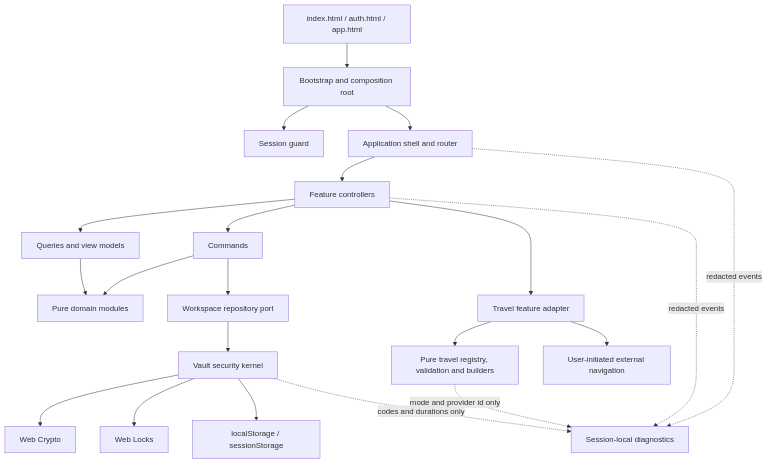
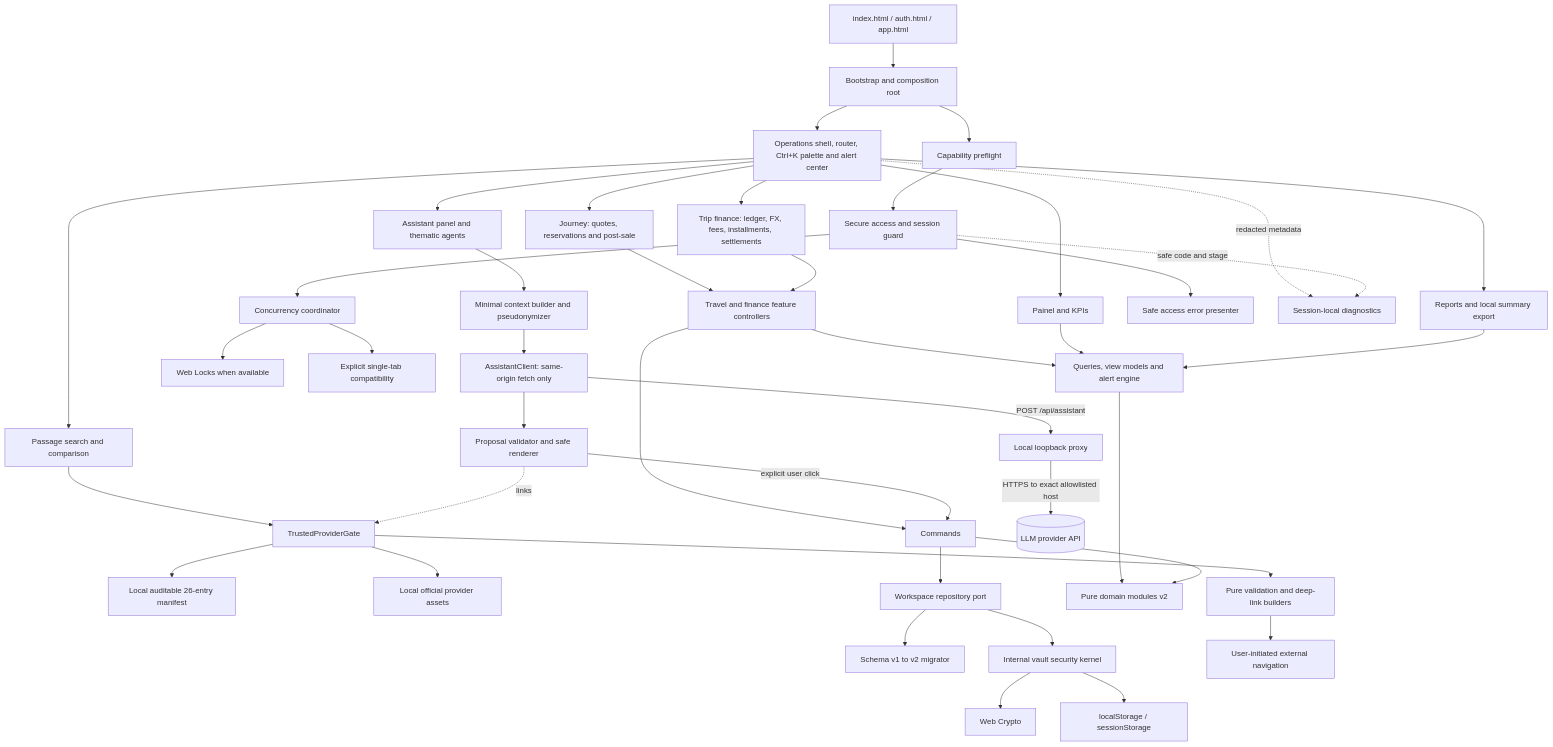
The second of 15 diagrams in .kiro/specs/multi-agent-code-architecture/design.md (Tiago-D-Nocce/PlannerDuoUAT), drawn with Mermaid before and after one commit. The commit also changed other lines of this file and 1 other file, not shown here.

````diff
--- a/.kiro/specs/multi-agent-code-architecture/design.md
+++ b/.kiro/specs/multi-agent-code-architecture/design.md
@@ -101,23 +170,44 @@
 ```mermaid
 flowchart TB
     HTML[index.html / auth.html / app.html] --> B[Bootstrap and composition root]
-    B --> SG[Session guard]
-    B --> SH[Application shell and router]
-    SH --> FC[Feature controllers]
-    FC --> Q[Queries and view models]
-    FC --> C[Commands]
-    Q --> D[Pure domain modules]
-    C --> D
-    C --> RP[Workspace repository port]
-    RP --> VK[Vault security kernel]
+    B --> CAP[Capability preflight]
+    CAP --> SG[Secure access and session guard]
+    SG --> CC[Concurrency coordinator]
+    B --> SH[Operations shell, router, Ctrl+K palette and alert center]
+    SH --> DASH[Painel and KPIs]
+    SH --> SEARCH[Passage search and comparison]
+    SH --> PLAN[Journey: quotes, reservations and post-sale]
+    SH --> MONEY[Trip finance: ledger, FX, fees, installments, settlements]
+    SH --> REP[Reports and local summary export]
+    SH --> ASSIST[Assistant panel and thematic agents]
+    SEARCH --> TG[TrustedProviderGate]
+    TG --> PM[Local auditable 26-entry manifest]
+    TG --> PA[Local official provider assets]
+    TG --> TE[Pure validation and deep-link builders]
+    PLAN --> FC[Travel and finance feature controllers]
+    MONEY --> FC
+    FC --> Q[Queries, view models and alert engine]
+    DASH --> Q
+    REP --> Q
+    FC --> CMD[Commands]
+    Q --> D[Pure domain modules v2]
+    CMD --> D
+    CMD --> RP[Workspace repository port]
+    RP --> MIG[Schema v1 to v2 migrator]
+    RP --> VK[Internal vault security kernel]
     VK --> WC[Web Crypto]
-    VK --> WL[Web Locks]
     VK --> LS[localStorage / sessionStorage]
-    FC --> TV[Travel feature adapter]
-    TV --> TE[Pure travel registry, validation and builders]
-    TV --> NAV[User-initiated external navigation]
-    SH -. redacted events .-> OBS[Session-local diagnostics]
-    FC -. redacted events .-> OBS
-    VK -. codes and durations only .-> OBS
-    TE -. mode and provider id only .-> OBS
+    CC --> WL[Web Locks when available]
+    CC --> ST[Explicit single-tab compatibility]
+    TE --> NAV[User-initiated external navigation]
+    ASSIST --> CTX[Minimal context builder and pseudonymizer]
+    CTX --> AC[AssistantClient: same-origin fetch only]
+    AC -->|POST /api/assistant| PX[Local loopback proxy]
+    PX -->|HTTPS to exact allowlisted host| LLM[(LLM provider API)]
+    AC --> PV[Proposal validator and safe renderer]
+    PV -->|explicit user click| CMD
+    PV -. links .-> TG
+    SG --> ERR[Safe access error presenter]
+    SH -. redacted metadata .-> OBS[Session-local diagnostics]
+    SG -. safe code and stage .-> OBS
 ```
````
